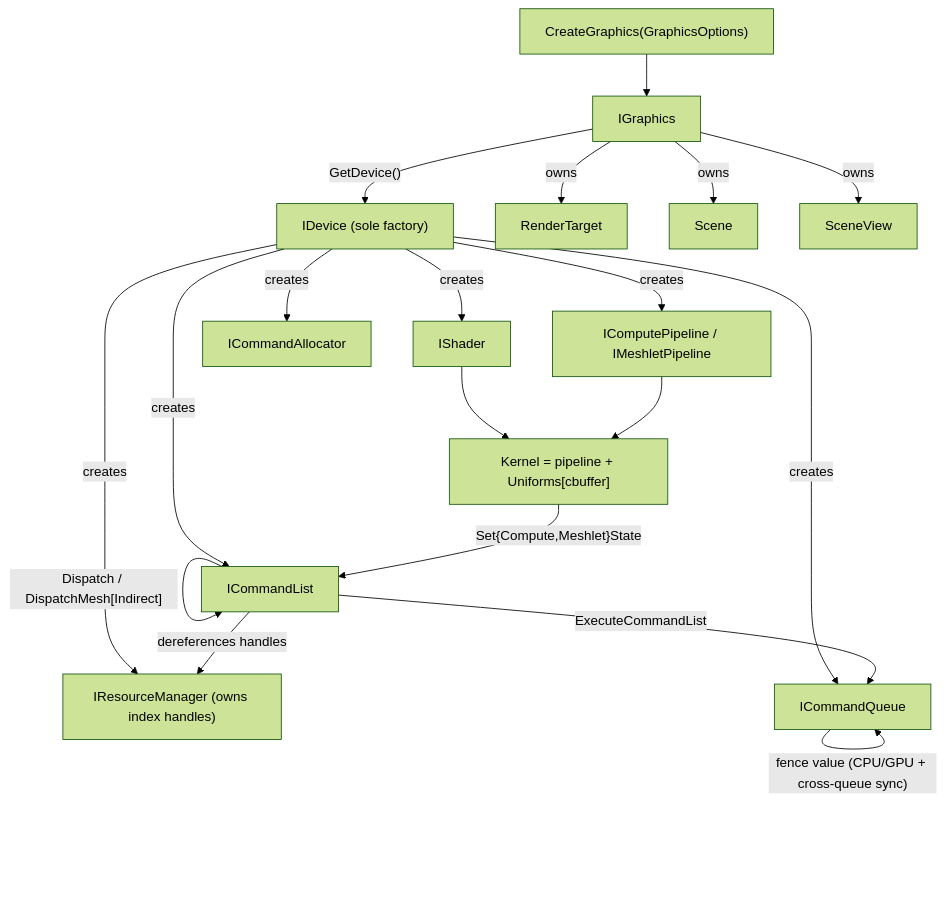
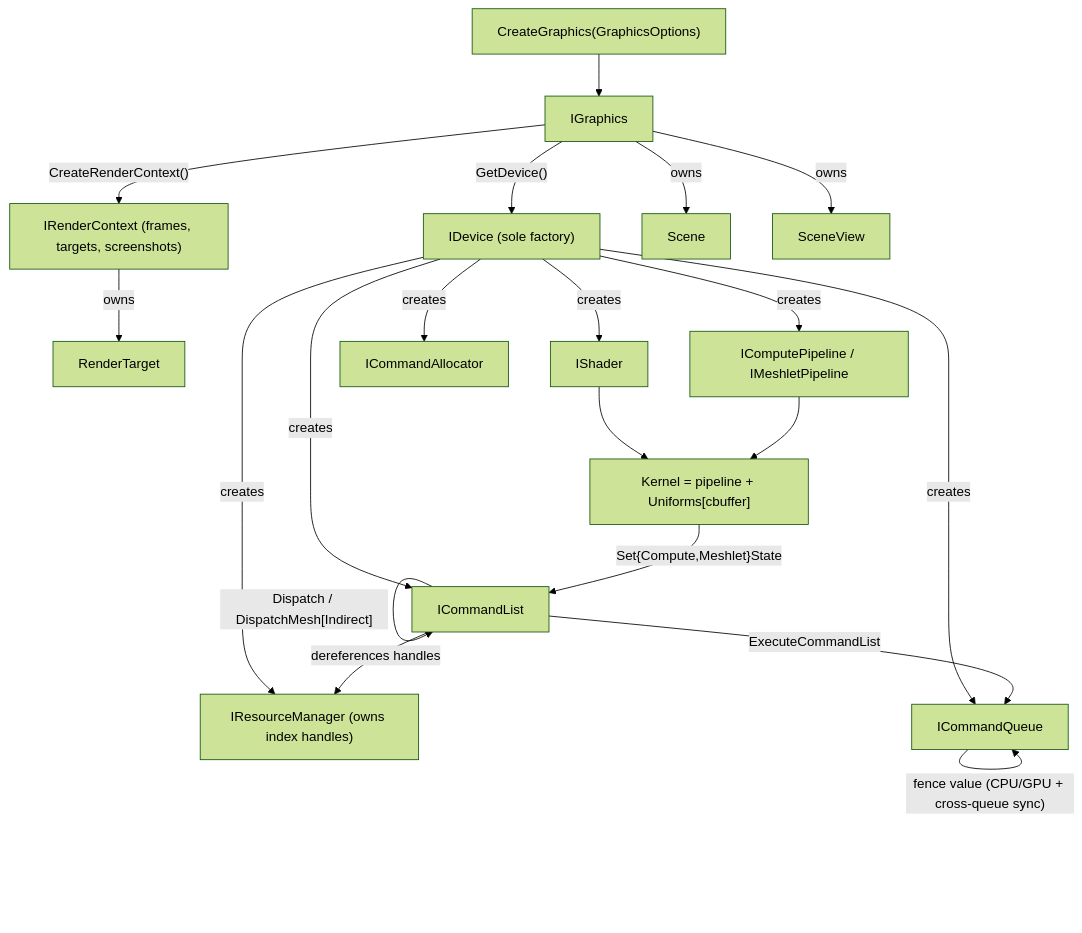
Before and after one commit to alexjiang200407/bernini: the diagram in docs/rhi.md, drawn with Mermaid (forest theme). The commit also changed other lines of this file and 26 other files, not shown here.

````diff
--- a/docs/rhi.md
+++ b/docs/rhi.md
@@ -130,25 +130,26 @@
 ```mermaid
 flowchart TD
     CG["CreateGraphics(GraphicsOptions)"] --> IG[IGraphics]
     IG -- "GetDevice()" --> DEV["IDevice (sole factory)"]
 
-    IG -- owns --> RT[RenderTarget]
+    IG -- "CreateRenderContext()" --> RC["IRenderContext (frames, targets, screenshots)"]
+    RC -- owns --> RT[RenderTarget]
     IG -- owns --> SC[Scene]
     IG -- owns --> SV[SceneView]
 
     DEV -- creates --> SH[IShader]
     DEV -- creates --> PIPE["IComputePipeline / IMeshletPipeline"]
     DEV -- creates --> CQ[ICommandQueue]
     DEV -- creates --> CL[ICommandList]
     DEV -- creates --> CA[ICommandAllocator]
     DEV -- creates --> RM["IResourceManager (owns index handles)"]
 
     SH --> KERNEL["Kernel = pipeline + Uniforms[cbuffer]"]
     PIPE --> KERNEL
 
     KERNEL -- "Set{Compute,Meshlet}State" --> CL
     CL -- "Dispatch / DispatchMesh[Indirect]" --> CL
     CL -- ExecuteCommandList --> CQ
     CQ -- "fence value (CPU/GPU + cross-queue sync)" --> CQ
     CL -- "dereferences handles" --> RM
 ```
````
